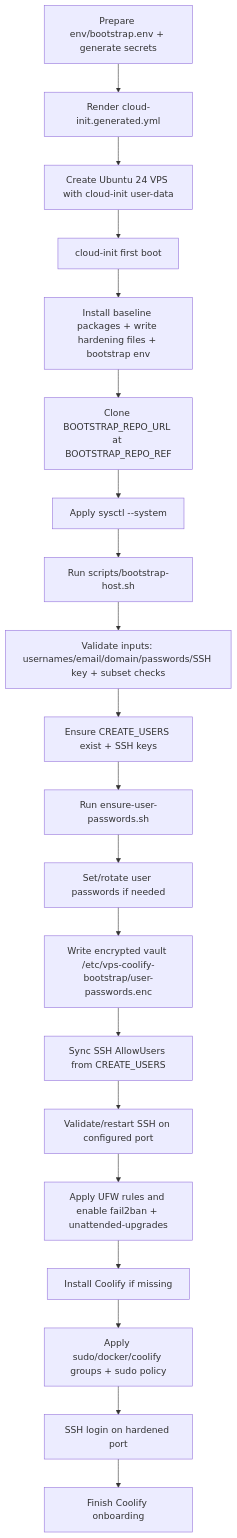
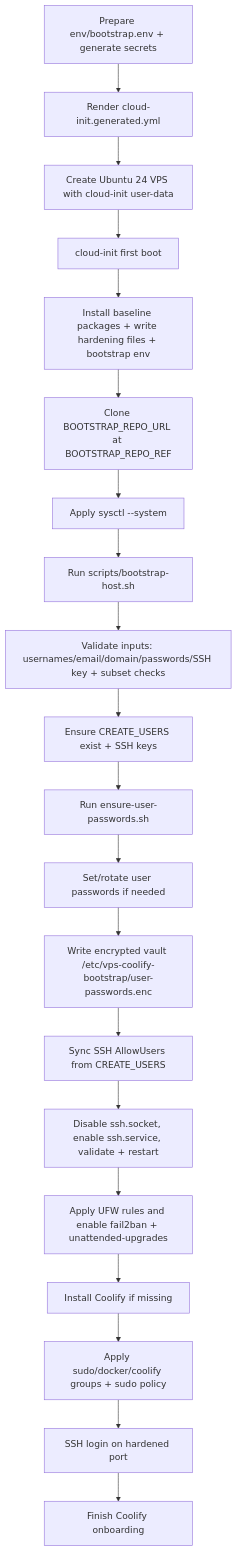
Before and after one commit to rigu/vps-coolify-bootstrap: the diagram in docs/bootstrap-flow.md, drawn with Mermaid. The commit also changed other lines of this file and 8 other files, not shown here.

Commit message:
Harden bootstrap env loading and align SSH service docs

````diff
--- a/docs/bootstrap-flow.md
+++ b/docs/bootstrap-flow.md
@@ -29,22 +29,22 @@
 ```mermaid
 flowchart TD
   A[Prepare env/bootstrap.env + generate secrets] --> B[Render cloud-init.generated.yml]
   B --> C[Create Ubuntu 24 VPS with cloud-init user-data]
   C --> D[cloud-init first boot]
   D --> E[Install baseline packages + write hardening files + bootstrap env]
   E --> F[Clone BOOTSTRAP_REPO_URL at BOOTSTRAP_REPO_REF]
   F --> G[Apply sysctl --system]
   G --> H[Run scripts/bootstrap-host.sh]
   H --> H1[Validate inputs: usernames/email/domain/passwords/SSH key + subset checks]
   H1 --> I[Ensure CREATE_USERS exist + SSH keys]
   I --> J[Run ensure-user-passwords.sh]
   J --> K[Set/rotate user passwords if needed]
   K --> L[Write encrypted vault /etc/vps-coolify-bootstrap/user-passwords.enc]
   L --> M[Sync SSH AllowUsers from CREATE_USERS]
-  M --> N[Validate/restart SSH on configured port]
+  M --> N[Disable ssh.socket, enable ssh.service, validate + restart]
   N --> O[Apply UFW rules and enable fail2ban + unattended-upgrades]
   O --> P[Install Coolify if missing]
   P --> Q[Apply sudo/docker/coolify groups + sudo policy]
   Q --> R[SSH login on hardened port]
   R --> S[Finish Coolify onboarding]
 ```
````
